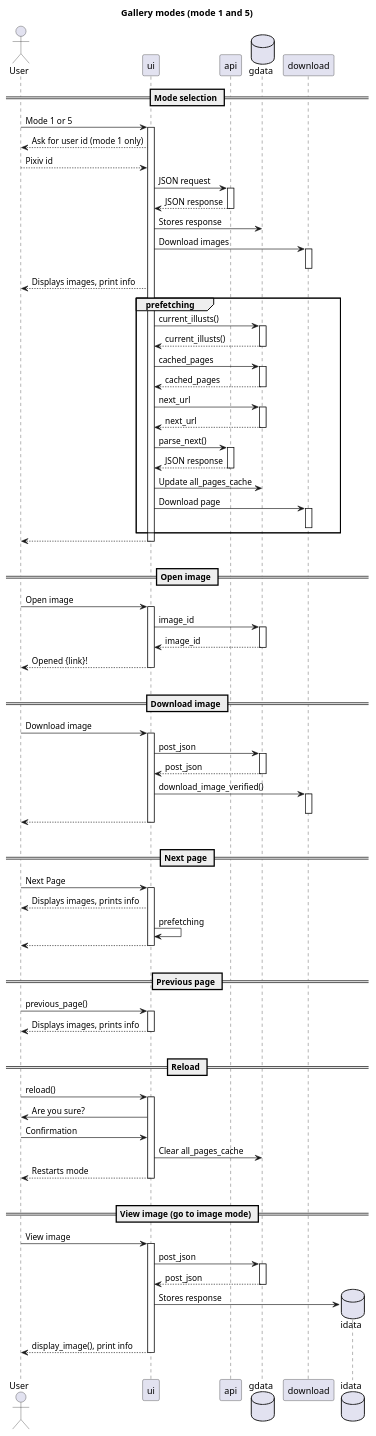
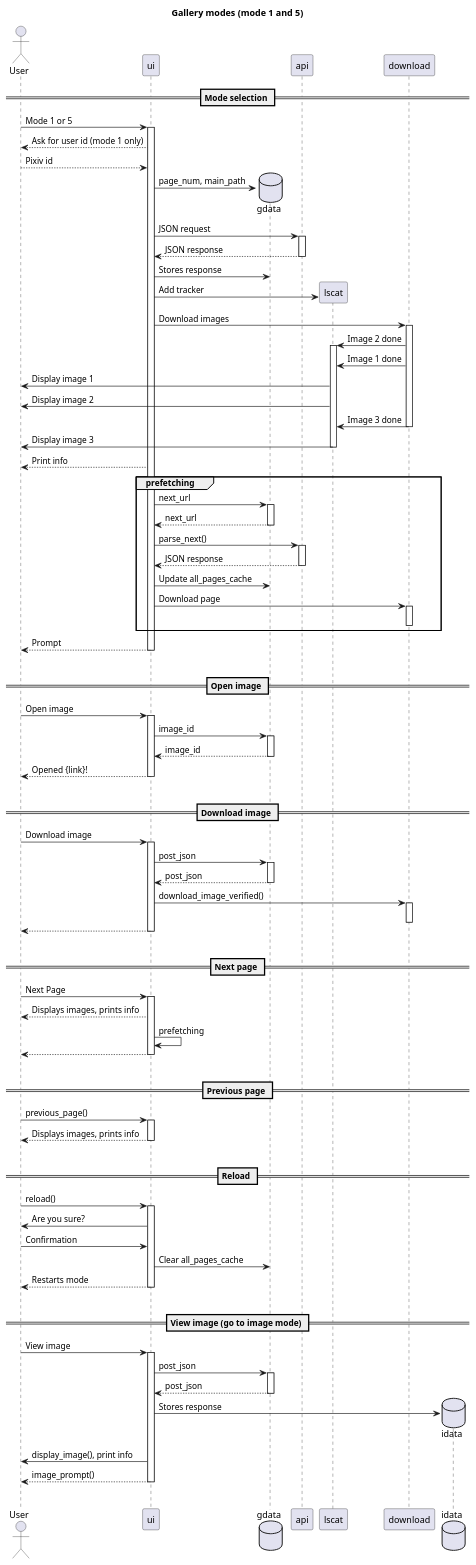
Before and after one commit to akazukin5151/koneko: the diagram in puml/gallery.puml, drawn with PlantUML. The commit also changed 2 other files, not shown here.

Commit message:
Updated flowcharts for instant gallery

```diff
--- a/puml/gallery.puml
+++ b/puml/gallery.puml
@@ -1,83 +1,91 @@
 @startuml
 title Gallery modes (mode 1 and 5)
 
 actor User
 
 == Mode selection ==
 User -> ui ++: Mode 1 or 5
 ui --> User: Ask for user id (mode 1 only)
 User --> ui: Pixiv id
+database gdata
+create gdata
+ui -> gdata: page_num, main_path
 ui -> api ++: JSON request
 return JSON response
-database gdata
 ui -> gdata: Stores response
+create lscat
+ui -> lscat: Add tracker
 ui -> download: Download images
 activate download
+download -> lscat ++: Image 2 done
+download -> lscat: Image 1 done
+lscat -> User: Display image 1
+lscat -> User: Display image 2
+download -> lscat: Image 3 done
 deactivate download
-ui --> User: Displays images, print info
+lscat -> User: Display image 3
+deactivate lscat
+ui --> User: Print info
 group prefetching
-    ui -> gdata ++: current_illusts()
-    return current_illusts()
-    ui -> gdata ++: cached_pages
-    return cached_pages
     ui -> gdata ++: next_url
     return next_url
     ui -> api ++: parse_next()
     return JSON response
     ui -> gdata: Update all_pages_cache
     ui -> download: Download page
     activate download
     deactivate download
 end
-return
+return Prompt
 |||
 
 == Open image ==
 User -> ui ++: Open image
 ui -> gdata ++: image_id
 return image_id
 return Opened {link}!
 |||
 
 == Download image ==
 User -> ui ++: Download image
 ui -> gdata ++: post_json
 return post_json
 ui -> download: download_image_verified()
 activate download
 deactivate download
 return
 |||
 
 == Next page ==
 User -> ui ++: Next Page
 ui --> User: Displays images, prints info
 ui -> ui: prefetching
 return
 |||
 
 == Previous page ==
 User -> ui ++: previous_page()
 return Displays images, prints info
 |||
 
 == Reload ==
 User -> ui ++: reload()
 ui -> User: Are you sure?
 User -> ui: Confirmation
 ui -> gdata: Clear all_pages_cache
 return Restarts mode
 |||
 
 == View image (go to image mode) ==
 User -> ui ++: View image
 ui -> gdata ++: post_json
 return post_json
 database idata
 create idata
 ui -> idata: Stores response
-return display_image(), print info
+ui -> User: display_image(), print info
+return image_prompt()
 |||
 
 
 @enduml
```
